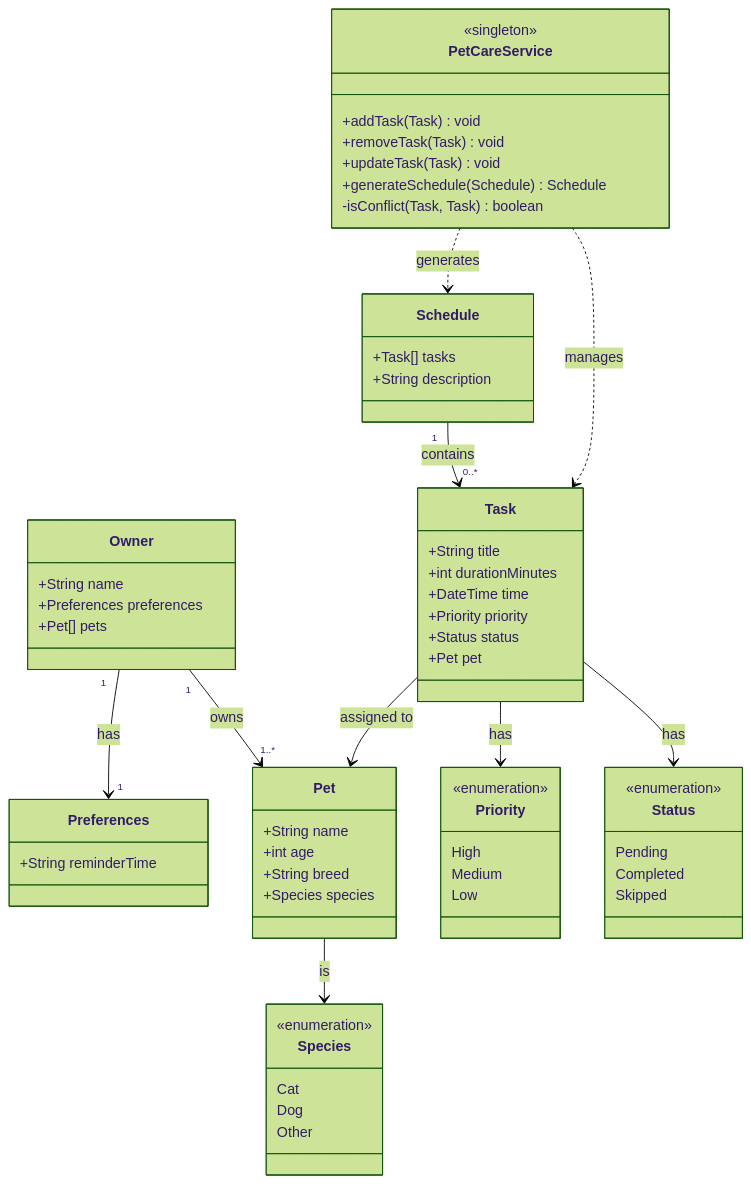
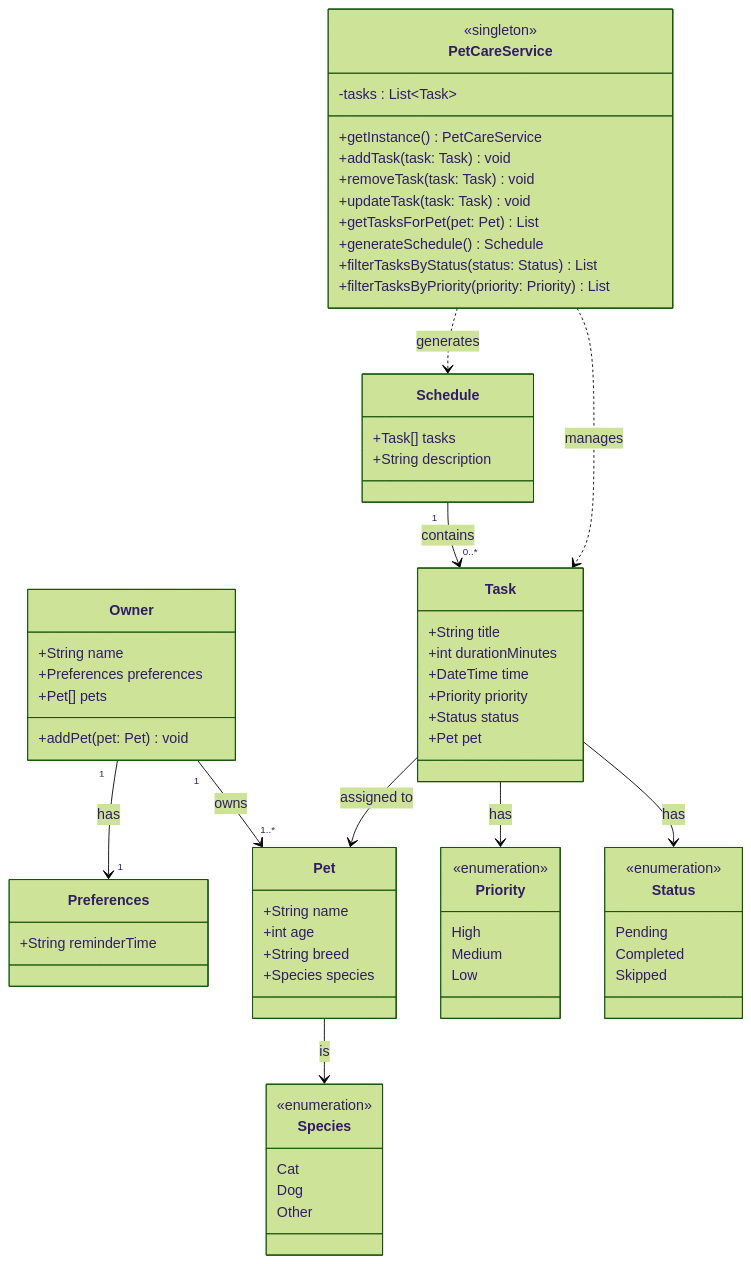
The diagram in pawpalDiagrams/PawpalClassDiagram.mmd (DavidRaet/ai110-module2show-pawpal-starter), drawn with Mermaid (forest theme) before and after one commit.

Commit message:
update the pawpal class diagram to reflect changes that were made during the implementation phase.

```diff
--- a/pawpalDiagrams/PawpalClassDiagram.mmd
+++ b/pawpalDiagrams/PawpalClassDiagram.mmd
@@ -1,71 +1,76 @@
 classDiagram
     class Preferences {
         +String reminderTime
     }
 
     class Owner {
         +String name
         +Preferences preferences
         +Pet[] pets
+        +addPet(pet: Pet) void
     }
 
     class Pet {
         +String name
         +int age
         +String breed
         +Species species
     }
 
     class Species {
         <<enumeration>>
         Cat
         Dog
         Other
     }
 
     class Task {
         +String title
         +int durationMinutes
         +DateTime time
         +Priority priority
         +Status status
         +Pet pet
     }
 
     class Priority {
         <<enumeration>>
         High
         Medium
         Low
     }
 
     class Status {
         <<enumeration>>
         Pending
         Completed
         Skipped
     }
 
     class Schedule {
         +Task[] tasks
         +String description
     }
 
     class PetCareService {
         <<singleton>>
-        +addTask(Task) void
-        +removeTask(Task) void
-        +updateTask(Task) void
-        +generateSchedule(Schedule) Schedule
-        -isConflict(Task, Task) boolean
+        -tasks : List~Task~
+        +getInstance() PetCareService
+        +addTask(task: Task) void
+        +removeTask(task: Task) void
+        +updateTask(task: Task) void
+        +getTasksForPet(pet: Pet) List
+        +generateSchedule() Schedule
+        +filterTasksByStatus(status: Status) List
+        +filterTasksByPriority(priority: Priority) List
     }
 
     Owner "1" --> "1" Preferences : has
     Owner "1" --> "1..*" Pet : owns
     Pet --> Species : is
     Task --> Pet : assigned to
     Task --> Priority : has
     Task --> Status : has
     Schedule "1" --> "0..*" Task : contains
     PetCareService ..> Schedule : generates
     PetCareService ..> Task : manages
```
